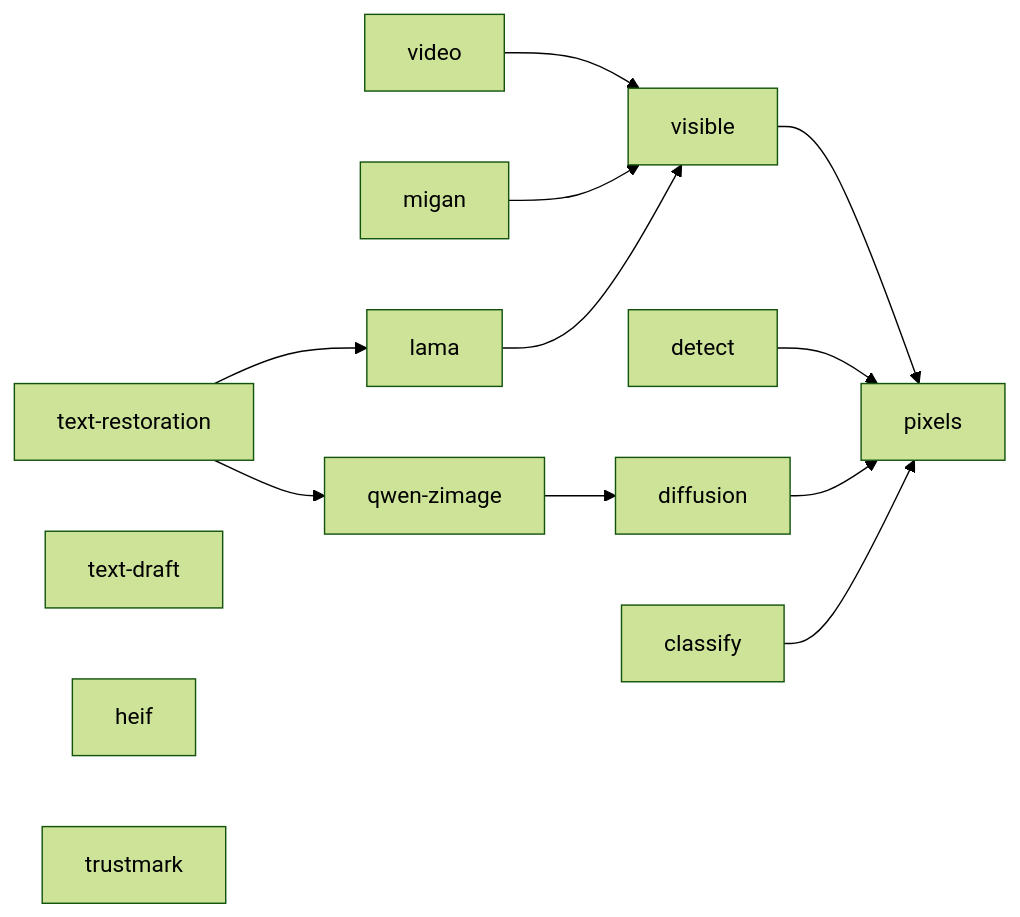
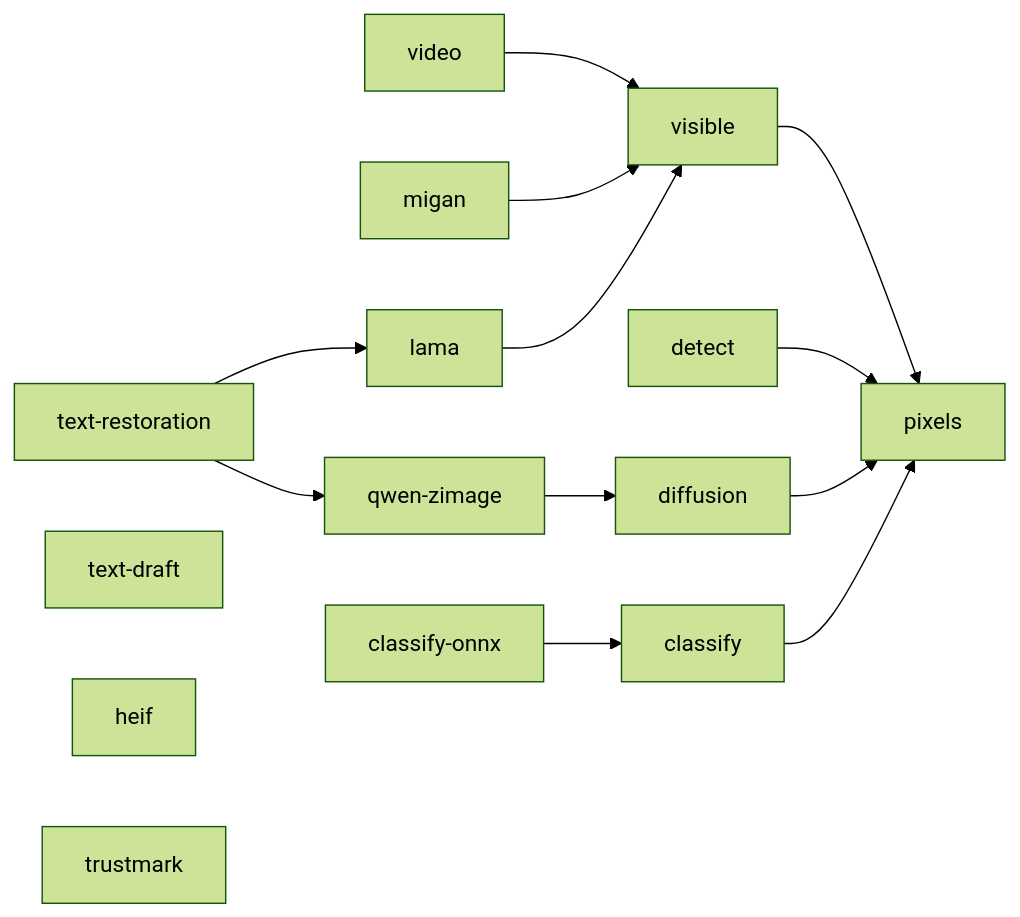
One commit to wiltodelta/remove-ai-watermarks changed the diagram in docs/installation.md. Above: the diagram before and after it, drawn with Mermaid (forest theme). The commit also changed other lines of this file and 14 other files, not shown here.

Commit message:
Release 0.40.0 with Qwen symbol, ONNX classify, identify attribution

````diff
--- a/docs/installation.md
+++ b/docs/installation.md
@@ -140,16 +141,17 @@
 ```mermaid
 flowchart LR
     visible --> pixels
     video --> visible
     detect --> pixels
     diffusion --> pixels
     migan --> visible
     lama --> visible
     qwen["qwen-zimage"] --> diffusion
     text["text-restoration"] --> qwen
     text --> lama
     draft["text-draft"]
     heif
     trustmark
     classify --> pixels
+    onnx["classify-onnx"] --> classify
 ```
````
